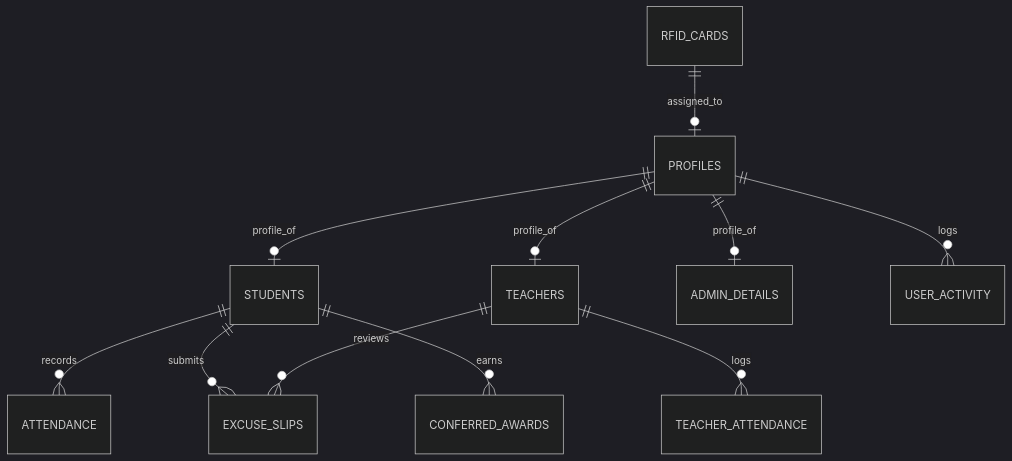
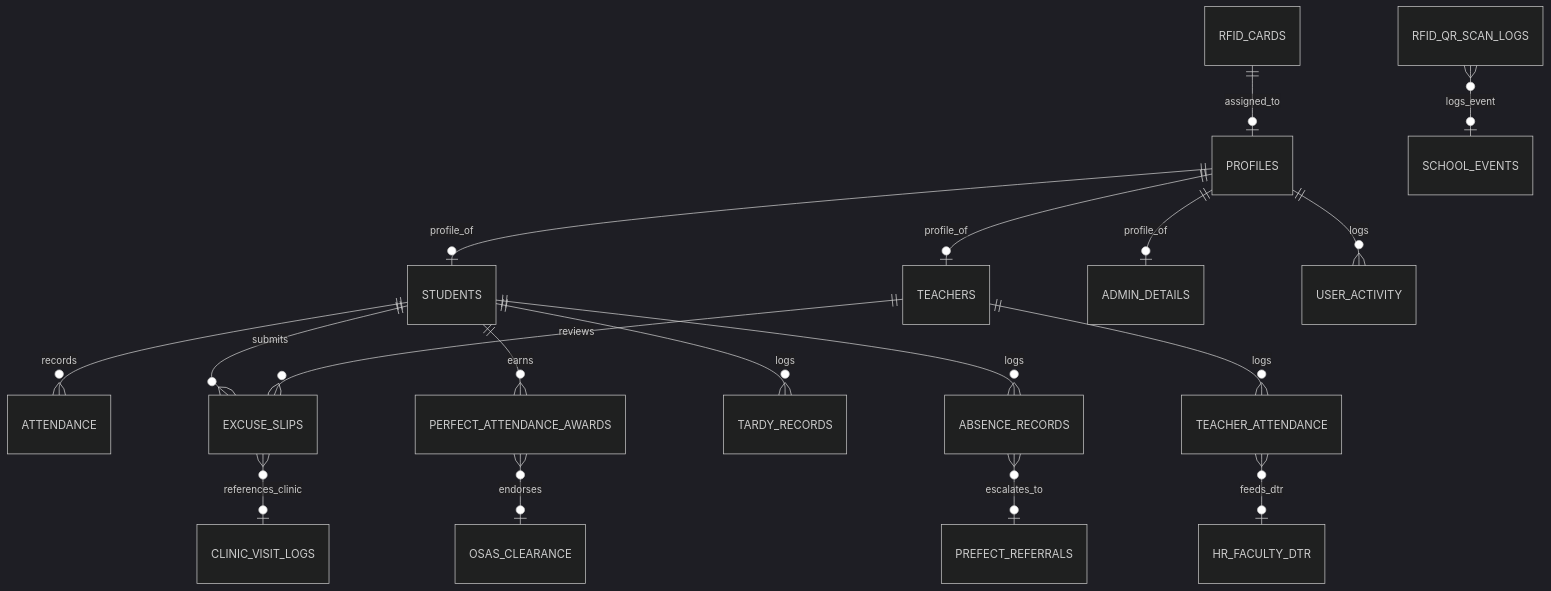
The diagram in .agent/skills/database/SKILL.md (jaynzxc/SMS1-AMS), drawn with Mermaid (dark theme) before and after one commit. The commit also changed other lines of this file and 25 other files, not shown here.

Commit message:
docs(architecture): align 14 domain skills and technical specs with 10 official AMS submodules and SMS 1 bridges

````diff
--- a/.agent/skills/database/SKILL.md
+++ b/.agent/skills/database/SKILL.md
@@ -32,13 +31,21 @@
 ```mermaid
 erDiagram
     PROFILES ||--o| STUDENTS : profile_of
     PROFILES ||--o| TEACHERS : profile_of
     PROFILES ||--o| ADMIN_DETAILS : profile_of
     PROFILES ||--o{ USER_ACTIVITY : logs
     STUDENTS ||--o{ ATTENDANCE : records
     STUDENTS ||--o{ EXCUSE_SLIPS : submits
-    STUDENTS ||--o{ CONFERRED_AWARDS : earns
+    STUDENTS ||--o{ PERFECT_ATTENDANCE_AWARDS : earns
+    STUDENTS ||--o{ TARDY_RECORDS : logs
+    STUDENTS ||--o{ ABSENCE_RECORDS : logs
     TEACHERS ||--o{ TEACHER_ATTENDANCE : logs
     TEACHERS ||--o{ EXCUSE_SLIPS : reviews
     RFID_CARDS ||--o| PROFILES : assigned_to
+
+    EXCUSE_SLIPS }o--o| CLINIC_VISIT_LOGS : references_clinic
+    ABSENCE_RECORDS }o--o| PREFECT_REFERRALS : escalates_to
+    TEACHER_ATTENDANCE }o--o| HR_FACULTY_DTR : feeds_dtr
+    PERFECT_ATTENDANCE_AWARDS }o--o| OSAS_CLEARANCE : endorses
+    RFID_QR_SCAN_LOGS }o--o| SCHOOL_EVENTS : logs_event
 ```
````
